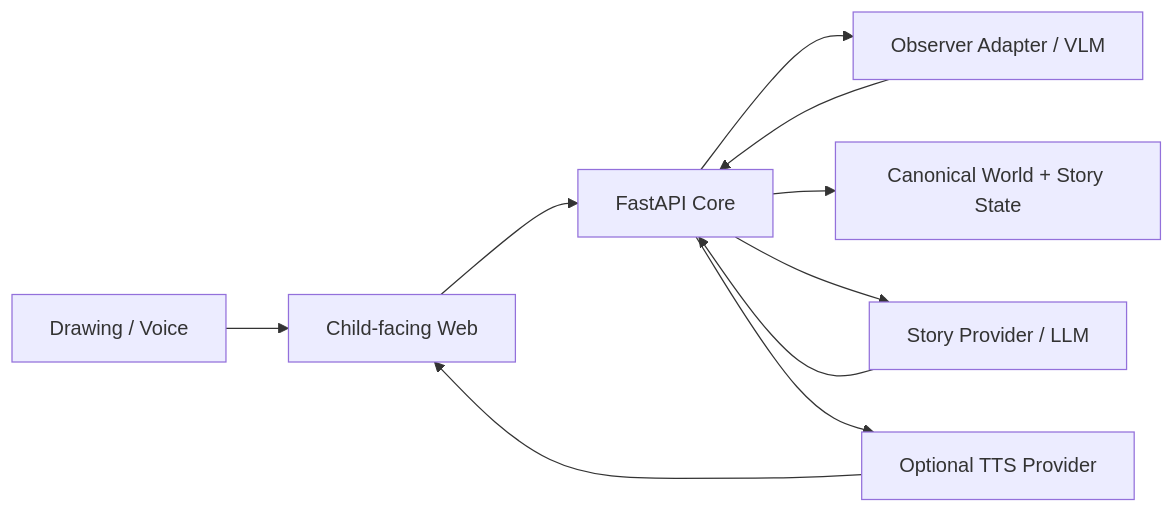
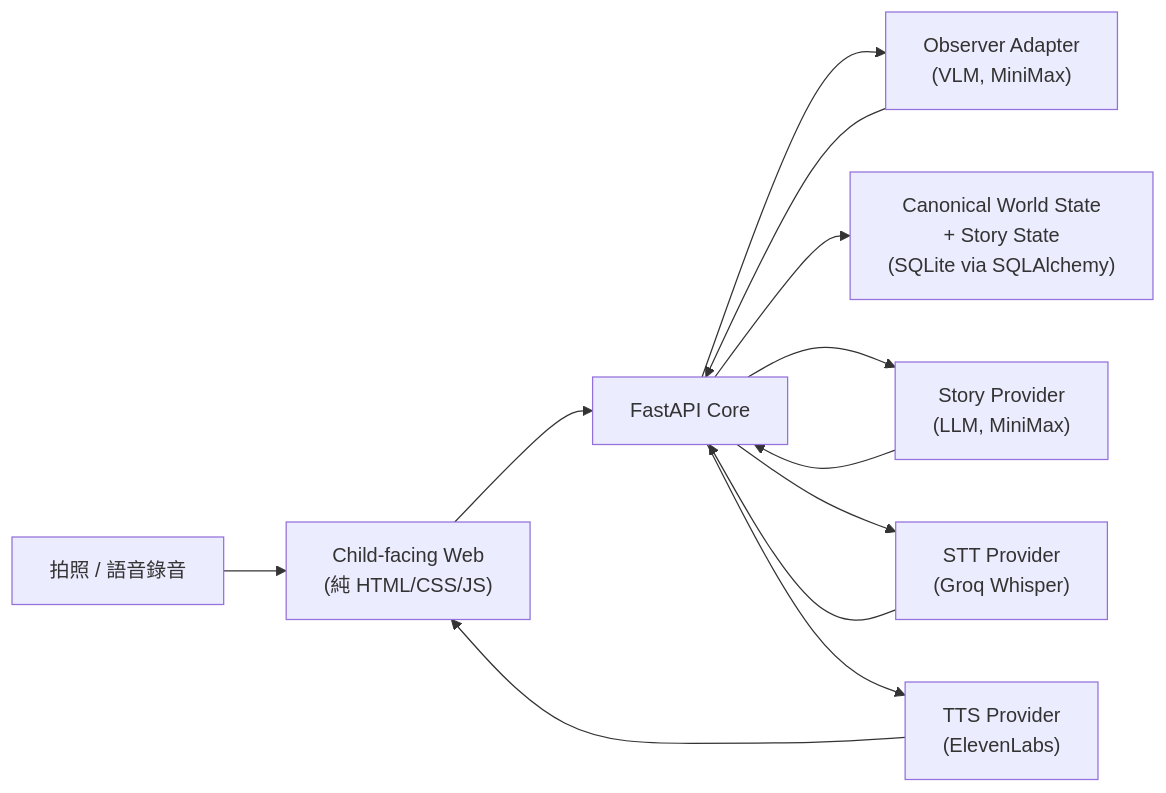
One commit to Lilian0414/child changed the diagram in README.md. Above: the diagram before and after it, drawn with Mermaid. The commit also changed other lines of this file and 1 other file, not shown here.

````diff
--- a/README.md
+++ b/README.md
@@ -282,12 +22,14 @@
 ```mermaid
 flowchart LR
-    UI["Child-facing Web"] --> API["FastAPI Core"]
-    MEDIA["Drawing / Voice"] --> UI
-    API --> OBS["Observer Adapter / VLM"]
+    UI["Child-facing Web<br/>(純 HTML/CSS/JS)"] --> API["FastAPI Core"]
+    MEDIA["拍照 / 語音錄音"] --> UI
+    API --> OBS["Observer Adapter<br/>(VLM, MiniMax)"]
     OBS --> API
-    API --> STATE["Canonical World + Story State"]
-    API --> STORY["Story Provider / LLM"]
+    API --> STATE["Canonical World State<br/>+ Story State<br/>(SQLite via SQLAlchemy)"]
+    API --> STORY["Story Provider<br/>(LLM, MiniMax)"]
     STORY --> API
-    API --> TTS["Optional TTS Provider"]
+    API --> STT["STT Provider<br/>(Groq Whisper)"]
+    STT --> API
+    API --> TTS["TTS Provider<br/>(ElevenLabs)"]
     TTS --> UI
 ```
````
